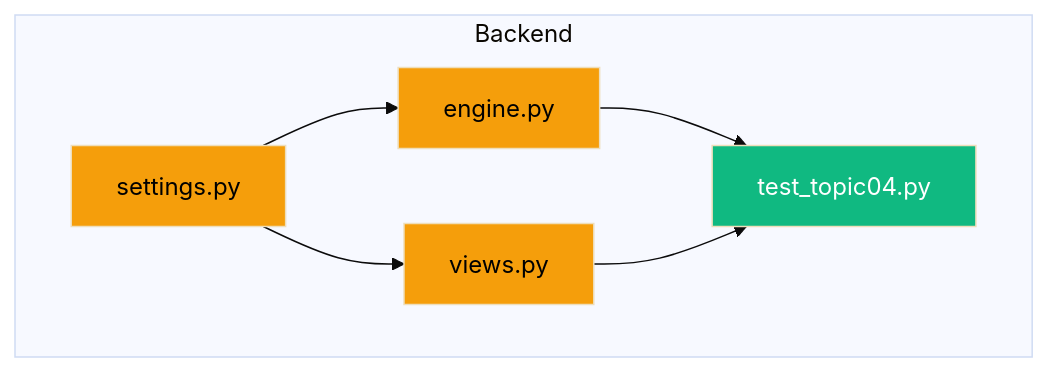
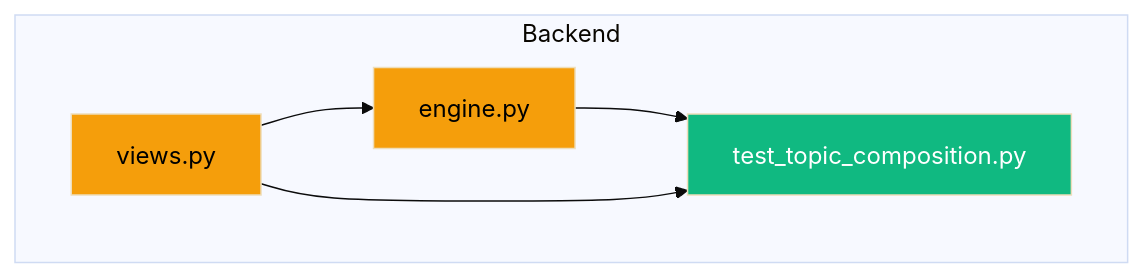
Before and after one commit to hongikarchi/archi-tinder: the fourth of 4 diagrams in .claude/Report.md, drawn with Mermaid (base theme). The commit also changed other lines of this file and 2 other files, not shown here.

First line of the commit message:
docs: mark COMP1 resolved + sync research/algorithm.md (composition narrow exception)

````diff
--- a/.claude/Report.md
+++ b/.claude/Report.md
@@ -194,16 +195,14 @@
 ```mermaid
 graph TD
     subgraph Backend
         engine.py:::modified
         views.py:::modified
-        settings.py:::modified
-        test_topic04.py:::new
+        test_topic_composition.py:::new
     end
-    engine.py --> test_topic04.py
-    views.py --> test_topic04.py
-    settings.py --> engine.py
-    settings.py --> views.py
+    engine.py --> test_topic_composition.py
+    views.py --> test_topic_composition.py
+    views.py --> engine.py
 
     classDef new fill:#10b981,color:#fff
     classDef modified fill:#f59e0b,color:#000
 ```
````
